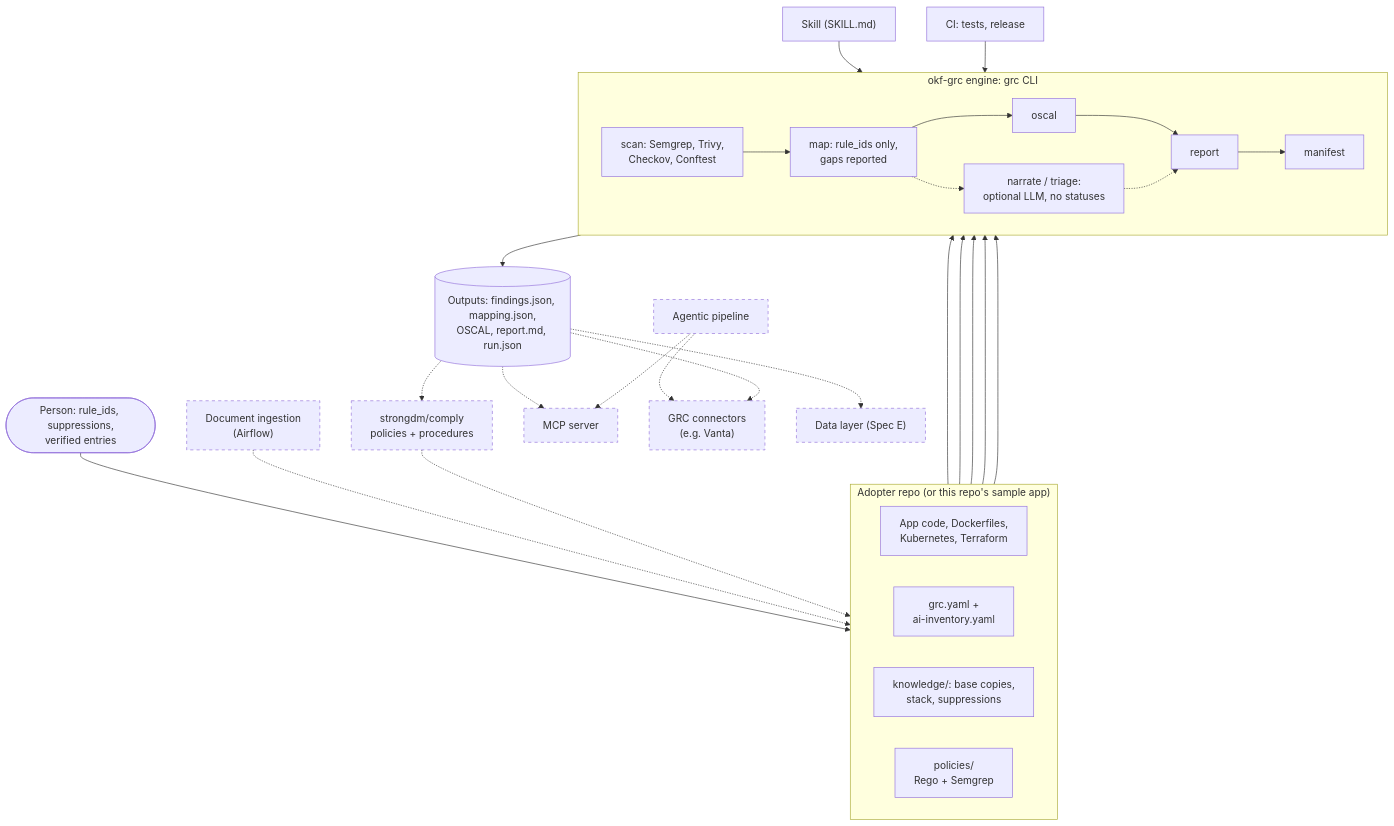
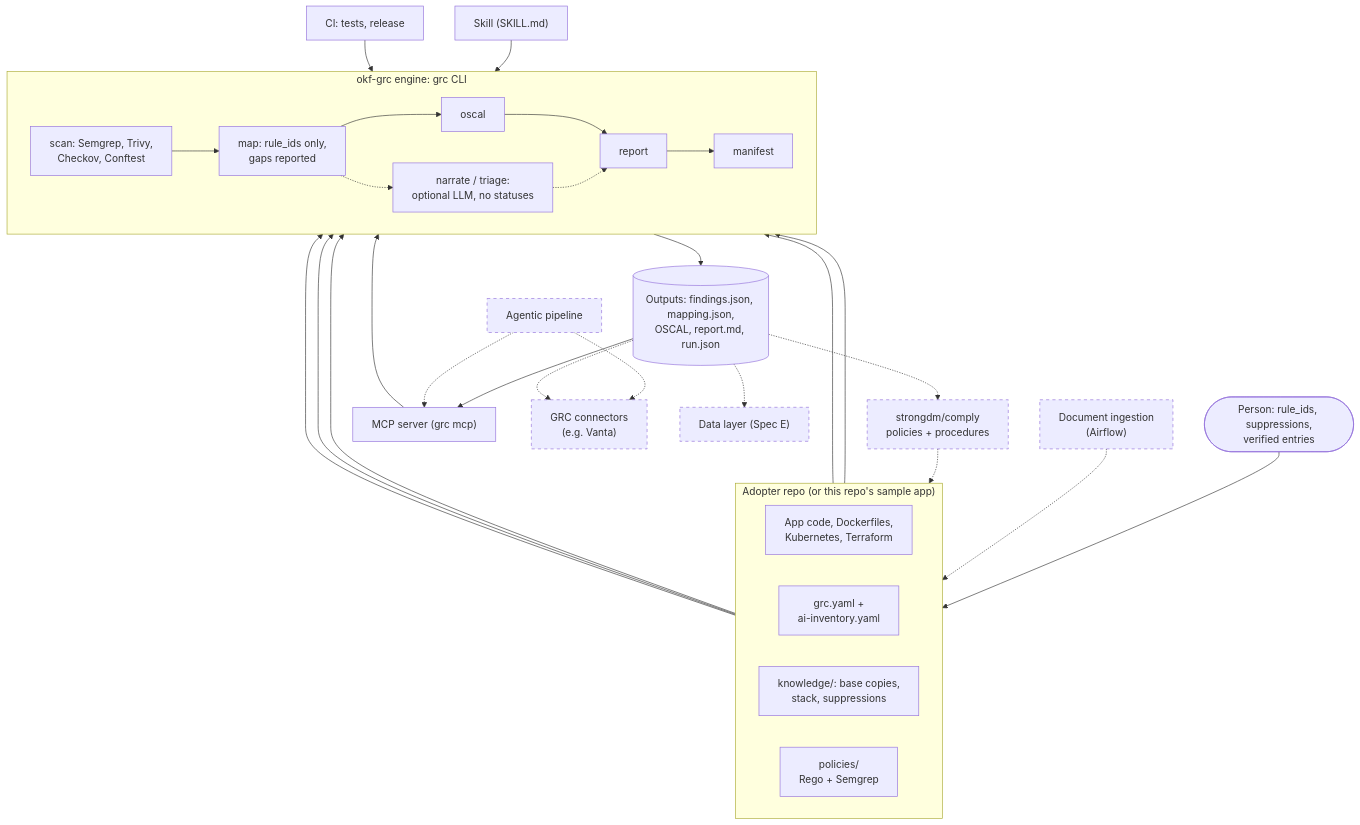
Before and after one commit to cdevarenne/grc-evidence: the diagram in docs/architecture.md, drawn with Mermaid. The commit also changed other lines of this file and 4 other files, not shown here.

First line of the commit message:
grc mcp: a test that scanner text reaches agents only as untrusted; docs/mcp.md

````diff
--- a/docs/architecture.md
+++ b/docs/architecture.md
@@ -25,47 +25,48 @@
 ```mermaid
 flowchart TB
   person(["Person: rule_ids, suppressions,<br/>verified entries"])
   ingest["Document ingestion<br/>(Airflow)"]:::proposed
   comply["strongdm/comply<br/>policies + procedures"]:::proposed
 
   subgraph repo["Adopter repo (or this repo's sample app)"]
     direction LR
     code["App code, Dockerfiles,<br/>Kubernetes, Terraform"]
     cfg["grc.yaml +<br/>ai-inventory.yaml"]
     kb["knowledge/: base copies,<br/>stack, suppressions"]
     pol["policies/<br/>Rego + Semgrep"]
   end
 
   subgraph engine["okf-grc engine: grc CLI"]
     direction LR
     scan["scan: Semgrep, Trivy,<br/>Checkov, Conftest"] --> map["map: rule_ids only,<br/>gaps reported"] --> oscal["oscal"] --> report["report"] --> manifest["manifest"]
     llm["narrate / triage:<br/>optional LLM, no statuses"]
   end
 
   files[("Outputs: findings.json, mapping.json,<br/>OSCAL, report.md, run.json")]
 
   skill["Skill (SKILL.md)"]
   ci["CI: tests, release"]
-  mcp["MCP server"]:::proposed
+  mcp["MCP server (grc mcp)"]
   agent["Agentic pipeline"]:::proposed
   conn["GRC connectors<br/>(e.g. Vanta)"]:::proposed
   store["Data layer (Spec E)"]:::proposed
 
   person --> kb
   ingest -.-> kb
   comply -.-> kb
   code & cfg & pol --> scan
   kb & cfg --> map
   map -.-> llm -.-> report
   manifest --> files
   skill --> engine
   ci --> engine
-  files -.-> mcp
+  mcp --> engine
+  files --> mcp
   agent -.-> mcp
   agent -.-> conn
   files -.-> conn
   files -.-> store
   files -.-> comply
 
   classDef proposed stroke-dasharray: 5 5
 ```
````
